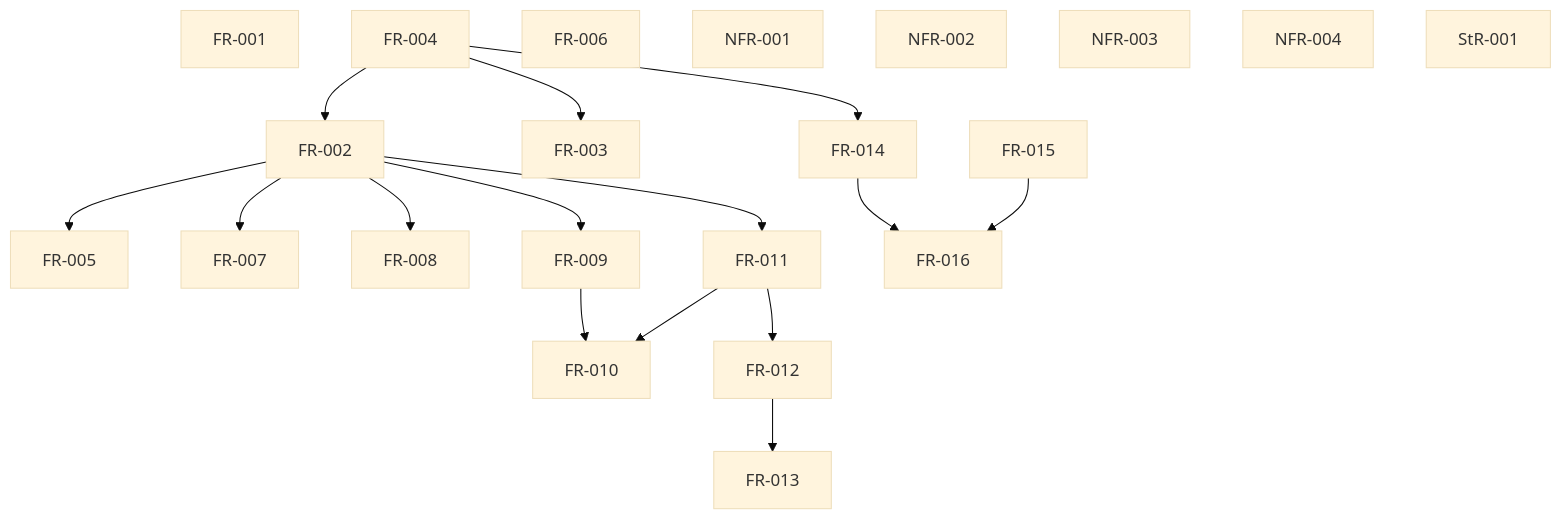
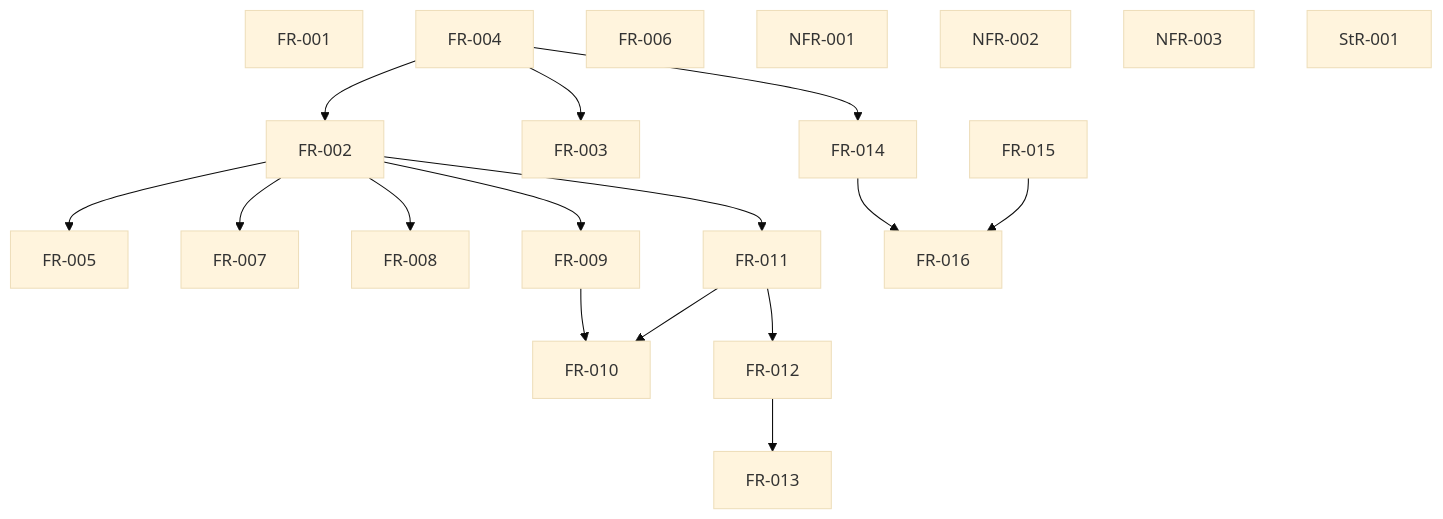
Before and after one commit to agent-ix/quire-specification: the diagram in spec/reviews/dependency.md, drawn with Mermaid (base theme). The commit also changed other lines of this file and 148 other files, not shown here.

````diff
--- a/spec/reviews/dependency.md
+++ b/spec/reviews/dependency.md
@@ -82,38 +81,37 @@
 ```mermaid
 graph TD
   FR-001["FR-001"]
   FR-002["FR-002"]
   FR-003["FR-003"]
   FR-004["FR-004"]
   FR-005["FR-005"]
   FR-006["FR-006"]
   FR-007["FR-007"]
   FR-008["FR-008"]
   FR-009["FR-009"]
   FR-010["FR-010"]
   FR-011["FR-011"]
   FR-012["FR-012"]
   FR-013["FR-013"]
   FR-014["FR-014"]
   FR-015["FR-015"]
   FR-016["FR-016"]
   NFR-001["NFR-001"]
   NFR-002["NFR-002"]
   NFR-003["NFR-003"]
-  NFR-004["NFR-004"]
   StR-001["StR-001"]
   FR-004 --> FR-002
   FR-004 --> FR-003
   FR-004 --> FR-014
   FR-002 --> FR-005
   FR-002 --> FR-007
   FR-002 --> FR-008
   FR-002 --> FR-009
   FR-002 --> FR-011
   FR-009 --> FR-010
   FR-011 --> FR-010
   FR-011 --> FR-012
   FR-012 --> FR-013
   FR-014 --> FR-016
   FR-015 --> FR-016
 ```
````
